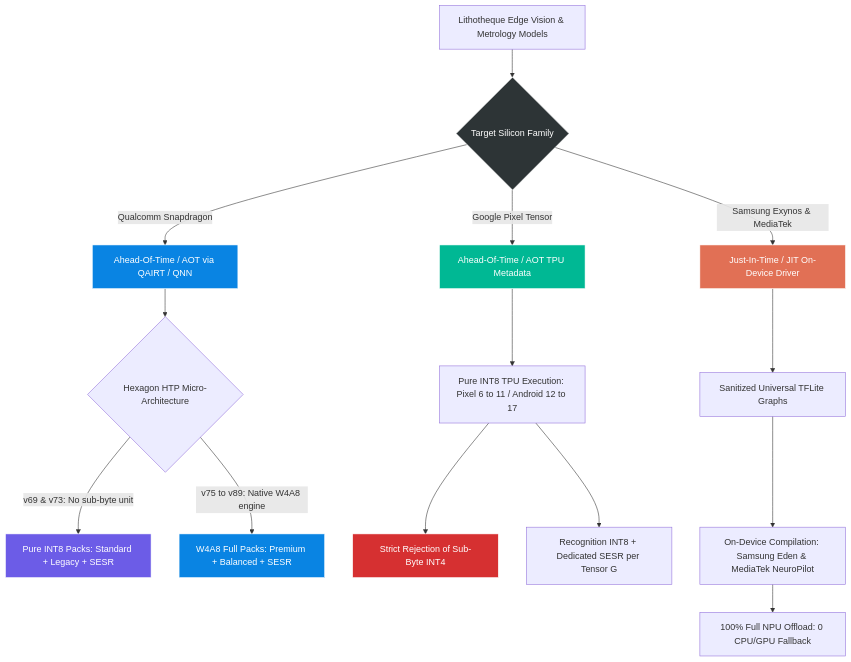
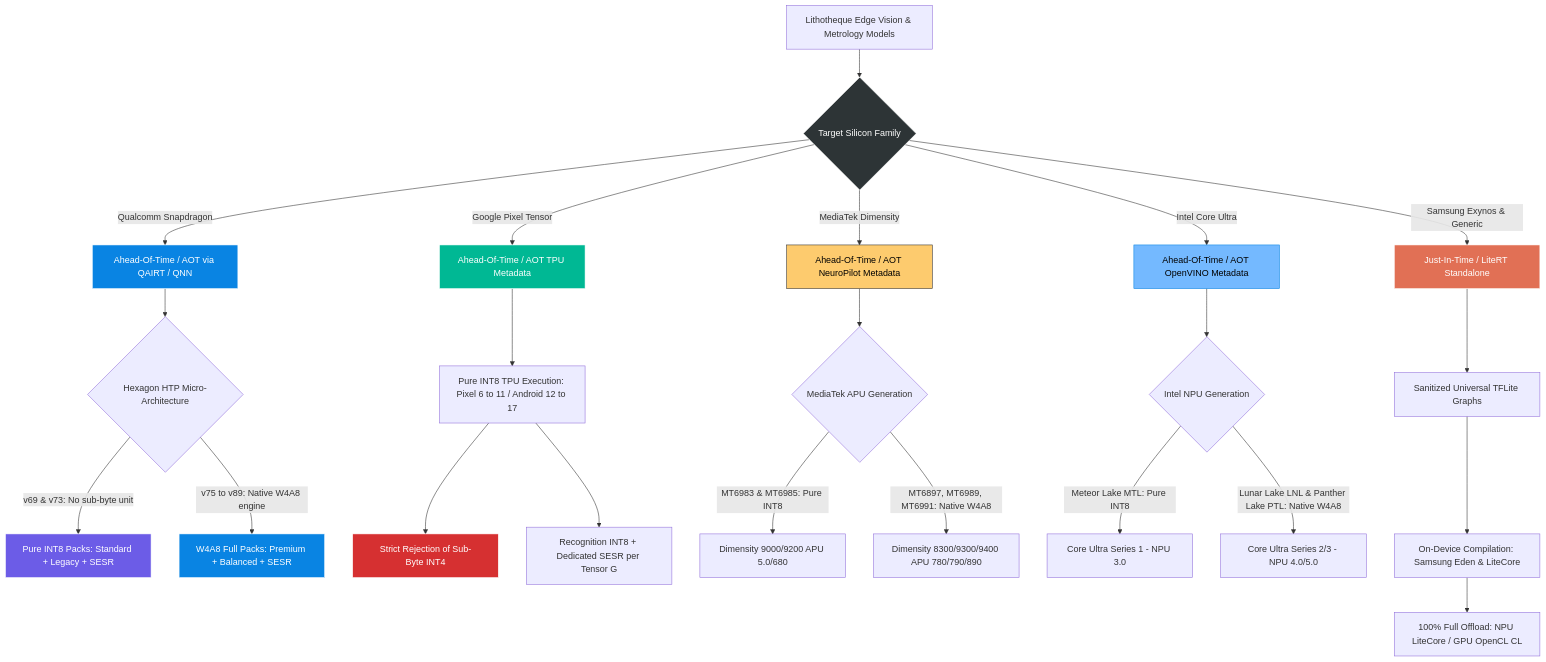
One commit to GeoStratum/lithotheque-edge-models changed the second of 2 diagrams in README.md. Above: the diagram before and after it, drawn with Mermaid. The commit also changed other lines of this file and 11 other files, not shown here.

````diff
--- a/README.md
+++ b/README.md
@@ -148,28 +161,40 @@
 ```mermaid
 graph TD
     Model[Lithotheque Edge Vision & Metrology Models] --> TargetCheck{Target Silicon Family}
     
     TargetCheck -->|Qualcomm Snapdragon| QcomAOT[Ahead-Of-Time / AOT via QAIRT / QNN]
     TargetCheck -->|Google Pixel Tensor| TensorAOT[Ahead-Of-Time / AOT TPU Metadata]
-    TargetCheck -->|Samsung Exynos & MediaTek| GenericJIT[Just-In-Time / JIT On-Device Driver]
+    TargetCheck -->|MediaTek Dimensity| MtkAOT[Ahead-Of-Time / AOT NeuroPilot Metadata]
+    TargetCheck -->|Intel Core Ultra| IntelAOT[Ahead-Of-Time / AOT OpenVINO Metadata]
+    TargetCheck -->|Samsung Exynos & Generic| GenericJIT[Just-In-Time / LiteRT Standalone]
     
     QcomAOT --> QcomSplit{Hexagon HTP Micro-Architecture}
     QcomSplit -->|v69 & v73: No sub-byte unit| QcomINT8[Pure INT8 Packs: Standard + Legacy + SESR]
     QcomSplit -->|v75 to v89: Native W4A8 engine| QcomW4[W4A8 Full Packs: Premium + Balanced + SESR]
     
     TensorAOT --> TensorAll[Pure INT8 TPU Execution: Pixel 6 to 11 / Android 12 to 17]
     TensorAll --> TensorReject[Strict Rejection of Sub-Byte INT4]
     TensorAll --> TensorPacks[Recognition INT8 + Dedicated SESR per Tensor G]
     
+    MtkAOT --> MtkSplit{MediaTek APU Generation}
+    MtkSplit -->|MT6983 & MT6985: Pure INT8| MtkINT8[Dimensity 9000/9200 APU 5.0/680]
+    MtkSplit -->|MT6897, MT6989, MT6991: Native W4A8| MtkW4[Dimensity 8300/9300/9400 APU 780/790/890]
+
+    IntelAOT --> IntelSplit{Intel NPU Generation}
+    IntelSplit -->|Meteor Lake MTL: Pure INT8| IntelINT8[Core Ultra Series 1 - NPU 3.0]
+    IntelSplit -->|Lunar Lake LNL & Panther Lake PTL: Native W4A8| IntelW4[Core Ultra Series 2/3 - NPU 4.0/5.0]
+    
     GenericJIT --> JITSanitize[Sanitized Universal TFLite Graphs]
-    JITSanitize --> JITCompile[On-Device Compilation: Samsung Eden & MediaTek NeuroPilot]
-    JITCompile --> JITPacks[100% Full NPU Offload: 0 CPU/GPU Fallback]
+    JITSanitize --> JITCompile[On-Device Compilation: Samsung Eden & LiteCore]
+    JITCompile --> JITPacks[100% Full Offload: NPU LiteCore / GPU OpenCL CL]
     
     style TargetCheck fill:#2d3436,stroke:#fff,color:#fff
     style QcomAOT fill:#0984e3,stroke:#fff,color:#fff
     style TensorAOT fill:#00b894,stroke:#fff,color:#fff
+    style MtkAOT fill:#fdcb6e,stroke:#333,color:#000
+    style IntelAOT fill:#74b9ff,stroke:#0984e3,color:#000
     style GenericJIT fill:#e17055,stroke:#fff,color:#fff
     style QcomINT8 fill:#6c5ce7,stroke:#fff,color:#fff
     style QcomW4 fill:#0984e3,stroke:#fff,color:#fff
     style TensorReject fill:#d63031,stroke:#fff,color:#fff
 ```
````
